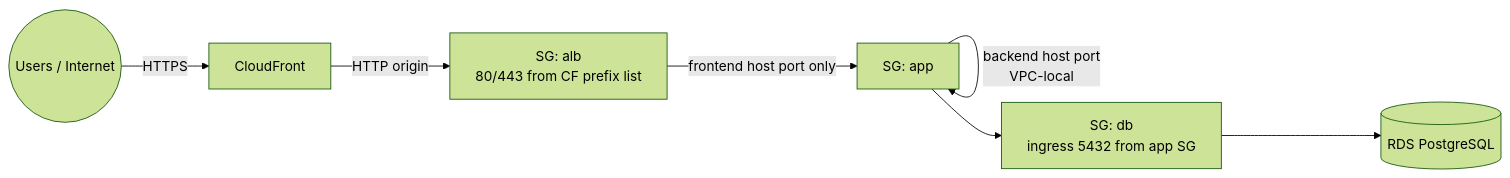
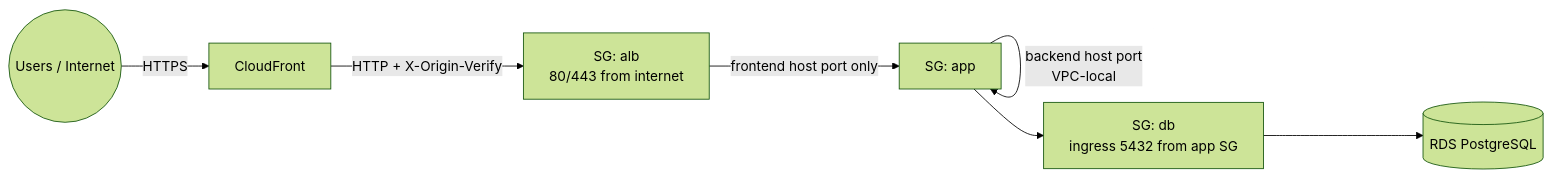
One commit to mazarsju/teacher-wang-infra changed the sixth of 9 diagrams in docs/architecture.md. Above: the diagram before and after it, drawn with Mermaid (forest theme). The commit also changed other lines of this file and 7 other files, not shown here.

Commit message:
Implement CloudFront origin verification with X-Origin-Verify header; update ALB listener rules and security group configurations accordingly. Add random password resource for secret management and adjust architecture documentation to reflect changes.

````diff
--- a/docs/architecture.md
+++ b/docs/architecture.md
@@ -171,17 +171,17 @@
 ```mermaid
 flowchart LR
   Users((Users / Internet))
   CF[CloudFront]
 
-  SGALB["SG: alb<br/>80/443 from CF prefix list"]
+  SGALB["SG: alb<br/>80/443 from internet"]
   SGApp["SG: app"]
   SGDb["SG: db<br/>ingress 5432 from app SG"]
   RDS[(RDS PostgreSQL)]
 
   Users -->|HTTPS| CF
-  CF -->|HTTP origin| SGALB
+  CF -->|HTTP + X-Origin-Verify| SGALB
   SGALB -->|frontend host port only| SGApp
   SGApp -->|backend host port<br/>VPC-local| SGApp
   SGApp --> SGDb
   SGDb --> RDS
 ```
````
